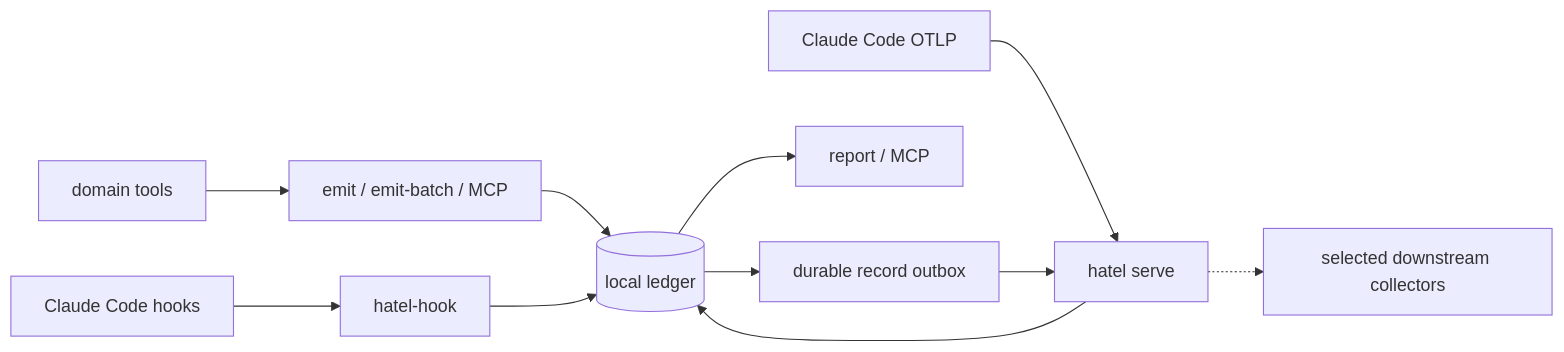
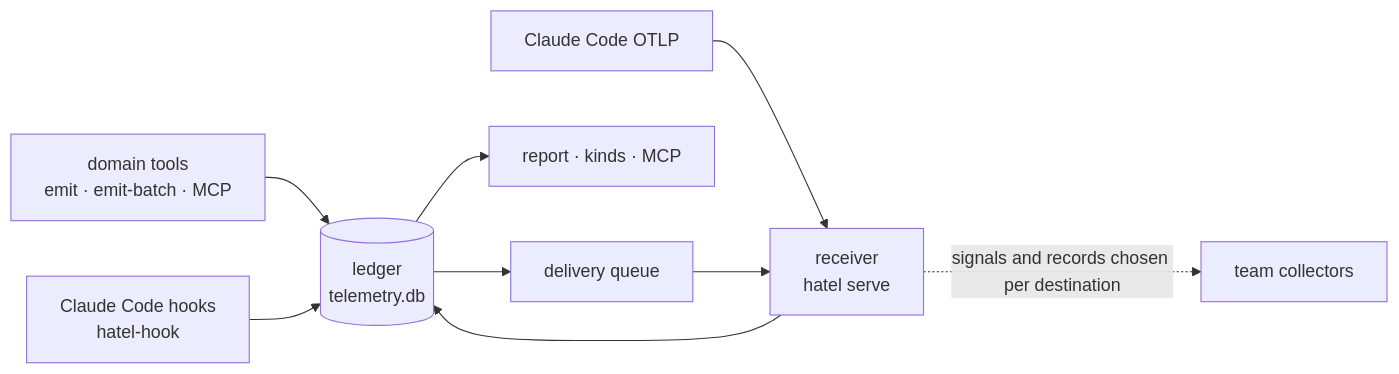
Before and after one commit to junyeong-ai/hatel: the first of 2 diagrams in README.en.md, drawn with Mermaid. The commit also changed other lines of this file and 1 other file, not shown here.

````diff
--- a/README.en.md
+++ b/README.en.md
@@ -22,13 +9,11 @@
 ```mermaid
 flowchart LR
-  D["domain tools"] --> W["emit / emit-batch / MCP"]
-  H["Claude Code hooks"] --> K["hatel-hook"]
-  W --> L[("local ledger")]
-  K --> L
-  C["Claude Code OTLP"] --> R["hatel serve"]
+  D["domain tools<br/>emit · emit-batch · MCP"] --> L[("ledger<br/>telemetry.db")]
+  H["Claude Code hooks<br/>hatel-hook"] --> L
+  C["Claude Code OTLP"] --> R["receiver<br/>hatel serve"]
   R --> L
-  L --> Q["report / MCP"]
-  L --> O["durable record outbox"]
-  O --> R
-  R -.-> T["selected downstream collectors"]
+  L --> Q["report · kinds · MCP"]
+  L --> X["delivery queue"]
+  X --> R
+  R -.->|"signals and records chosen per destination"| T["team collectors"]
 ```
````
